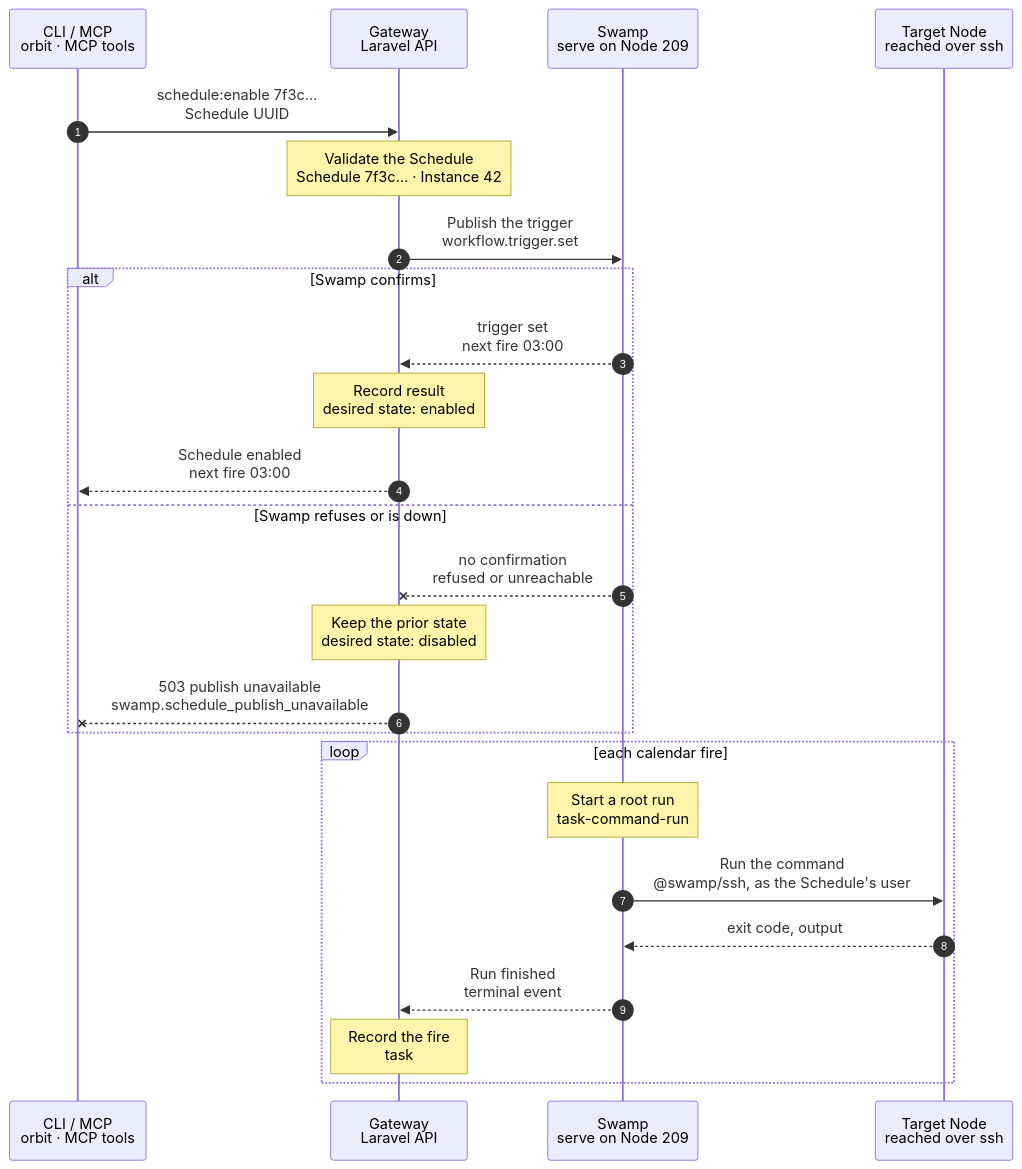
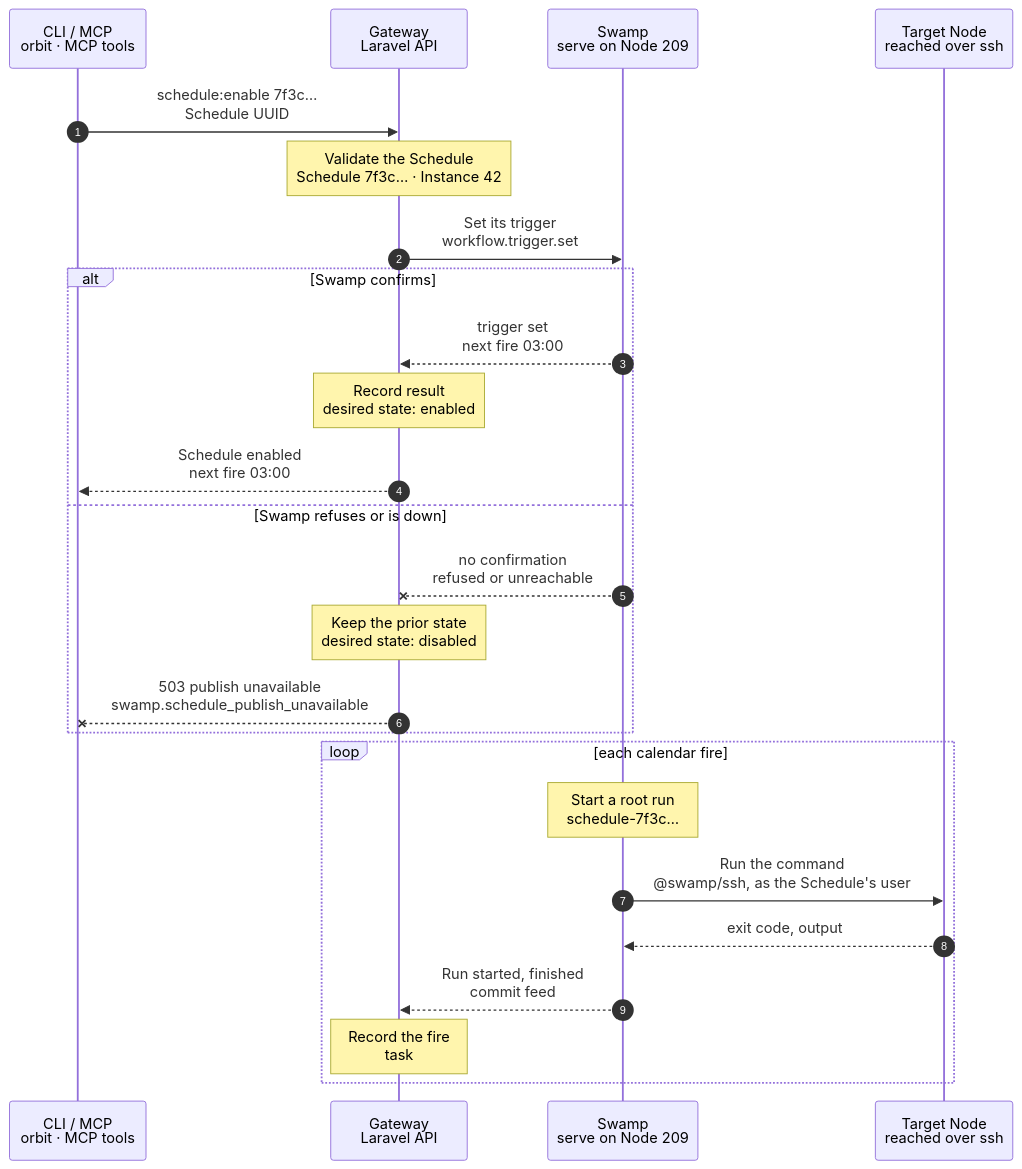
The diagram in docs/flows/schedule.enable.mmd (hardimpactdev/orbit), drawn with Mermaid before and after one commit. The commit also changed 4 other files, not shown here.

First line of the commit message:
docs(flows): Schedules as one Swamp workflow each (schedule-<id>), plus schedule:disable

```diff
--- a/docs/flows/schedule.enable.mmd
+++ b/docs/flows/schedule.enable.mmd
@@ -1,84 +1,85 @@
 sequenceDiagram
-  %% Target design: ADR 0244 native Swamp schedules, nothing installed on Nodes; DECISIONS Schedules (Nick 2026-11-02), R1.
+  %% Target design: ADR 0244 native Swamp schedules, one Swamp workflow per Schedule (Nick 2026-11-02), nothing installed on Nodes; R1.
   %% status: draft
   %% command: schedule:enable
   autonumber
   %% lane CLI icon=terminal pill=caller tone=gray
   %% lane GW icon=gateway pill=intent tone=blue
   %% lane SW icon=workflow pill=executes tone=green
   %% lane N icon=server pill=target tone=amber
   participant CLI as CLI / MCP<br/>orbit · MCP tools
   participant GW as Gateway<br/>Laravel API
   participant SW as Swamp<br/>serve on Node 209
   participant N as Target Node<br/>reached over ssh
   CLI->>GW: schedule:enable 7f3c…<br/>Schedule UUID
   %%> Command:
   %%> - `orbit schedule:enable 7f3c9a2e-41d0-4b8a-9c11-2f6e0d5b7a10`
   %%> - syntax: `<schedule> [--idempotency-key=KEY] [--json]`
   %%> Input:
   %%> - the UUID of the Schedule, as `schedule:list` shows it
   %%> When:
   %%> - after `schedule:create --no-start`, or for a copy that production preparation created disabled
   %%> Disable:
-  %%> - there is no `schedule:disable` command or kind today
-  %%> - disable is the same flow in reverse: the Gateway removes the trigger and records `disabled`, with no run and no Node work (R1)
-  %%> - a fire that already started finishes, and its result is still recorded
+  %%> - `schedule:disable` is the same flow in reverse; see its own chart
   Note over GW: Validate the Schedule<br/>Schedule 7f3c… · Instance 42
   %%> Requirements:
   %%> - your Node has an access grant to Node 12, which runs Instance 42
   %%> - Schedule 7f3c… is active, not failed or removing
+  %%> - its trigger is native; a per-minute production scheduler keeps its Node timer, and enable starts that timer as before
   %%> - Instance 42 is still on Node 12
   %%> Already enabled:
   %%> - the trigger is set again; enable is idempotent
-  GW->>SW: Publish the trigger<br/>workflow.trigger.set
+  GW->>SW: Set its trigger<br/>workflow.trigger.set
   %%> What it does:
-  %%> - sets the native Swamp schedule trigger on serve (Node 209) for `task-command-run`
+  %%> - sets the cron trigger of the Schedule's own workflow `schedule-7f3c…` on serve (Node 209)
   %%> - there is no Node work, so no run starts (R1)
   %%> Inputs:
-  %%> - the calendar and the full intent recorded at create
-  %%> - the command's vault key name, never the command
+  %%> - the workflow name and the calendar; the intent stays fixed inside the workflow
   alt Swamp confirms
     SW-->>GW: trigger set<br/>next fire 03:00
     %%> Returns:
     %%> - the trigger is active, with its next fire time
     Note over GW: Record result<br/>desired state: enabled
     %%> Result:
     %%> - Schedule 7f3c… is recorded as enabled, only after Swamp confirms
+    %%> - task #5140 is recorded as succeeded at once (R1)
     GW-->>CLI: Schedule enabled<br/>next fire 03:00
     %%> What you get:
     %%> - the result at once; there is nothing to follow
   else Swamp refuses or is down
     SW--xGW: no confirmation<br/>refused or unreachable
     %%> When:
     %%> - serve on 209 does not answer, or refuses the trigger
     Note over GW: Keep the prior state<br/>desired state: disabled
     %%> Result:
     %%> - Schedule 7f3c… stays disabled; nothing changed
     %%> Retry:
     %%> - run the same command again; it is safe
     GW--xCLI: 503 publish unavailable<br/>swamp.schedule_publish_unavailable
     %%> Returns:
     %%> - the error code; the Schedule is unchanged
   end
   loop each calendar fire
-    Note over SW: Start a root run<br/>task-command-run
+    Note over SW: Start a root run<br/>schedule-7f3c…
     %%> What it does:
-    %%> - serve fires the trigger and starts one root run on 209
-    %%> - the run has the Schedule's timeout as its time budget
+    %%> - serve fires the trigger and starts one root run of `schedule-7f3c…` on 209
+    %%> - its step runs `task-command-run` with the fixed intent, within the Schedule's timeout
+    %%> Timing:
+    %%> - serve runs up to 4 scheduled runs at once; a fire can start late when all are busy
     SW->>N: Run the command<br/>@swamp/ssh, as the Schedule's user
     %%> How:
     %%> - checks the user and the working directory on Node 12
     %%> - reads the command with `vault.get` and sends it on stdin
     %%> Runs as:
     %%> - the Schedule's user, in its working directory, with its shell
     N-->>SW: exit code, output
     %%> Returns:
     %%> - the exit code; the output stays in the Swamp step
-    SW-->>GW: Run finished<br/>terminal event
+    SW-->>GW: Run started, finished<br/>commit feed
     %%> How the Gateway learns it:
-    %%> - its shared run reader sees the terminal event; Swamp never calls the Gateway
+    %%> - its shared run reader sees the root run start and end; Swamp never calls the Gateway
     Note over GW: Record the fire<br/>task #5141 · trigger: schedule
     %%> Result:
-    %%> - each fire becomes a task, with trigger `schedule`
+    %%> - each fire becomes a task, with trigger `schedule`, recorded when it starts
     %%> - `last_run_at` and `last_run_status` of Schedule 7f3c… are set
   end
```
